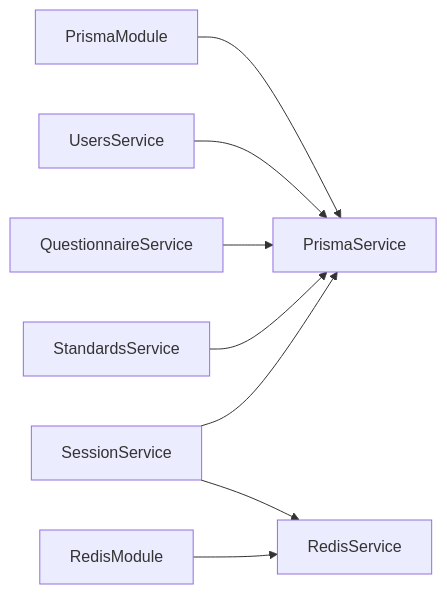
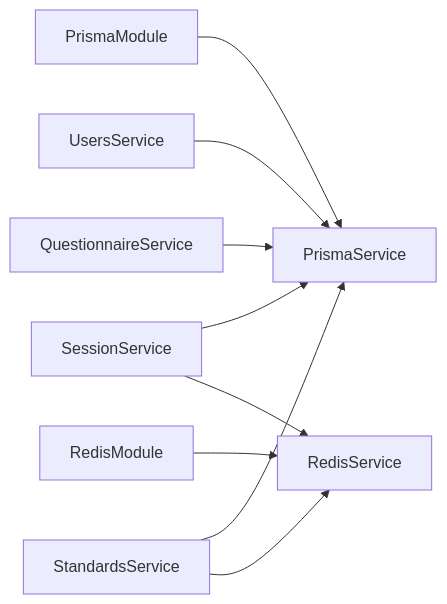
The fourth of 6 diagrams in .qoder/repowiki/en/content/Data Models and Database Schema.md (Avi-Bendetsky/Quiz-to-build), drawn with Mermaid before and after one commit. The commit also changed other lines of this file and 41 other files, not shown here.

````diff
--- a/.qoder/repowiki/en/content/Data Models and Database Schema.md
+++ b/.qoder/repowiki/en/content/Data Models and Database Schema.md
@@ -544,10 +577,11 @@
 ```mermaid
 graph LR
 PRISMA_MODULE["PrismaModule"] --> PRISMA_SERVICE["PrismaService"]
 REDIS_MODULE["RedisModule"] --> REDIS_SERVICE["RedisService"]
 USERS_SERVICE["UsersService"] --> PRISMA_SERVICE
 QUESTIONNAIRE_SERVICE["QuestionnaireService"] --> PRISMA_SERVICE
 SESSION_SERVICE["SessionService"] --> PRISMA_SERVICE
 STANDARDS_SERVICE["StandardsService"] --> PRISMA_SERVICE
 SESSION_SERVICE --> REDIS_SERVICE
+STANDARDS_SERVICE --> REDIS_SERVICE
 ```
````
